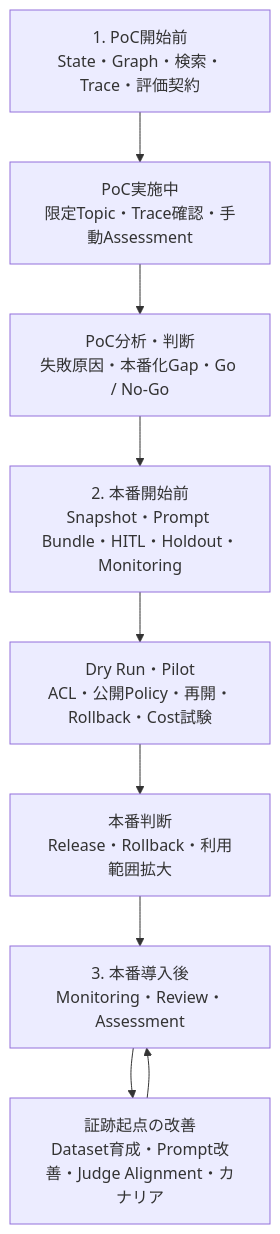
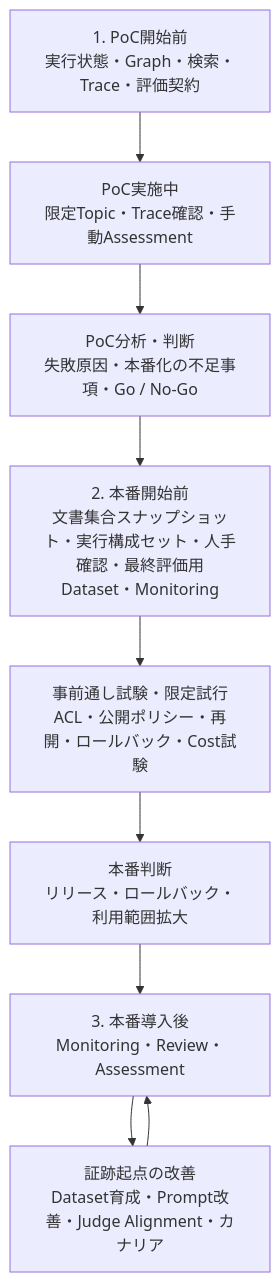
Before and after one commit to junTaniguchi/llm_ops: the fifth of 18 diagrams in 技術レポート作成マルチエージェント_完成版.md, drawn with Mermaid. The commit also changed other lines of this file, not shown here.

````diff
--- a/技術レポート作成マルチエージェント_完成版.md
+++ b/技術レポート作成マルチエージェント_完成版.md
@@ -185,11 +236,11 @@
 ```mermaid
 flowchart TD
-    P1["1. PoC開始前<br/>State・Graph・検索・Trace・評価契約"] --> P2["PoC実施中<br/>限定Topic・Trace確認・手動Assessment"]
-    P2 --> P3["PoC分析・判断<br/>失敗原因・本番化Gap・Go / No-Go"]
-    P3 --> B1["2. 本番開始前<br/>Snapshot・Prompt Bundle・HITL・Holdout・Monitoring"]
-    B1 --> B2["Dry Run・Pilot<br/>ACL・公開Policy・再開・Rollback・Cost試験"]
-    B2 --> B3["本番判断<br/>Release・Rollback・利用範囲拡大"]
+    P1["1. PoC開始前<br/>実行状態・Graph・検索・Trace・評価契約"] --> P2["PoC実施中<br/>限定Topic・Trace確認・手動Assessment"]
+    P2 --> P3["PoC分析・判断<br/>失敗原因・本番化の不足事項・Go / No-Go"]
+    P3 --> B1["2. 本番開始前<br/>文書集合スナップショット・実行構成セット・人手確認・最終評価用Dataset・Monitoring"]
+    B1 --> B2["事前通し試験・限定試行<br/>ACL・公開ポリシー・再開・ロールバック・Cost試験"]
+    B2 --> B3["本番判断<br/>リリース・ロールバック・利用範囲拡大"]
     B3 --> O1["3. 本番導入後<br/>Monitoring・Review・Assessment"]
     O1 --> O2["証跡起点の改善<br/>Dataset育成・Prompt改善・Judge Alignment・カナリア"]
     O2 --> O1
 ```
````
